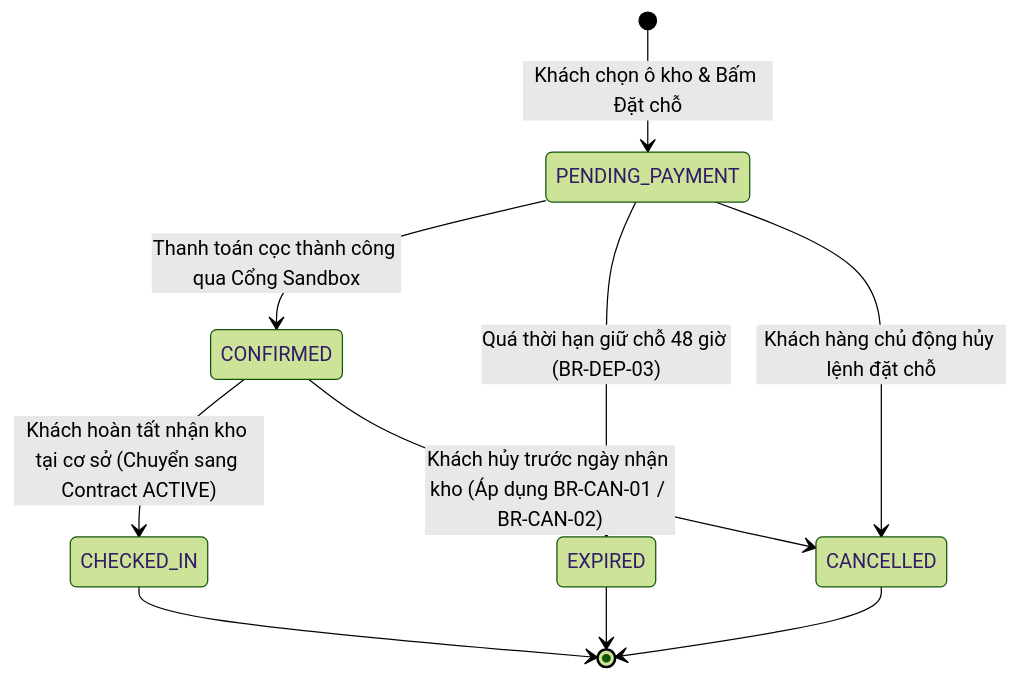
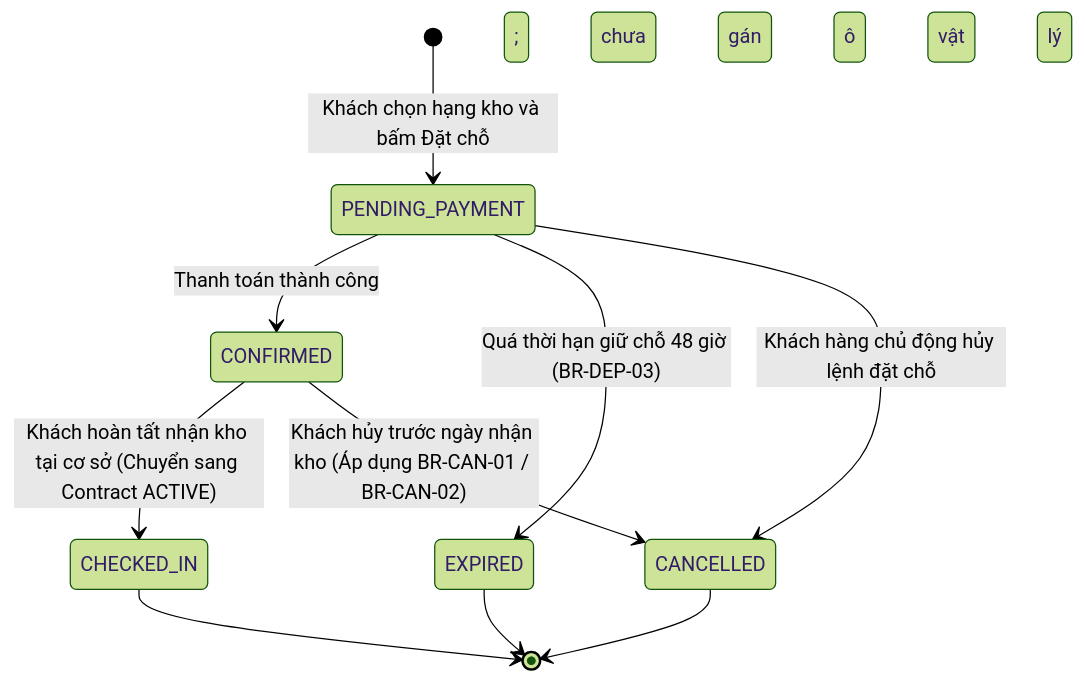
Before and after one commit to Nguyen-Van-Gia-Binh/Self-Storage-Facility-Rental-and-Management-System: the tenth of 17 diagrams in docs/DEFENSE-SPECIFICATION.md, drawn with Mermaid (forest theme). The commit also changed other lines of this file and 9 other files, not shown here.

````diff
--- a/docs/DEFENSE-SPECIFICATION.md
+++ b/docs/DEFENSE-SPECIFICATION.md
@@ -520,14 +520,14 @@
 ```mermaid
 stateDiagram-v2
-    [*] --> PENDING_PAYMENT : Khách chọn ô kho & Bấm Đặt chỗ
-    PENDING_PAYMENT --> CONFIRMED : Thanh toán cọc thành công qua Cổng Sandbox
+    [*] --> PENDING_PAYMENT : Khách chọn hạng kho và bấm Đặt chỗ
+    PENDING_PAYMENT --> CONFIRMED : Thanh toán thành công; chưa gán ô vật lý
     PENDING_PAYMENT --> EXPIRED : Quá thời hạn giữ chỗ 48 giờ (BR-DEP-03)
     PENDING_PAYMENT --> CANCELLED : Khách hàng chủ động hủy lệnh đặt chỗ
 
     CONFIRMED --> CHECKED_IN : Khách hoàn tất nhận kho tại cơ sở (Chuyển sang Contract ACTIVE)
     CONFIRMED --> CANCELLED : Khách hủy trước ngày nhận kho (Áp dụng BR-CAN-01 / BR-CAN-02)
 
     CHECKED_IN --> [*]
     EXPIRED --> [*]
     CANCELLED --> [*]
 ```
````
